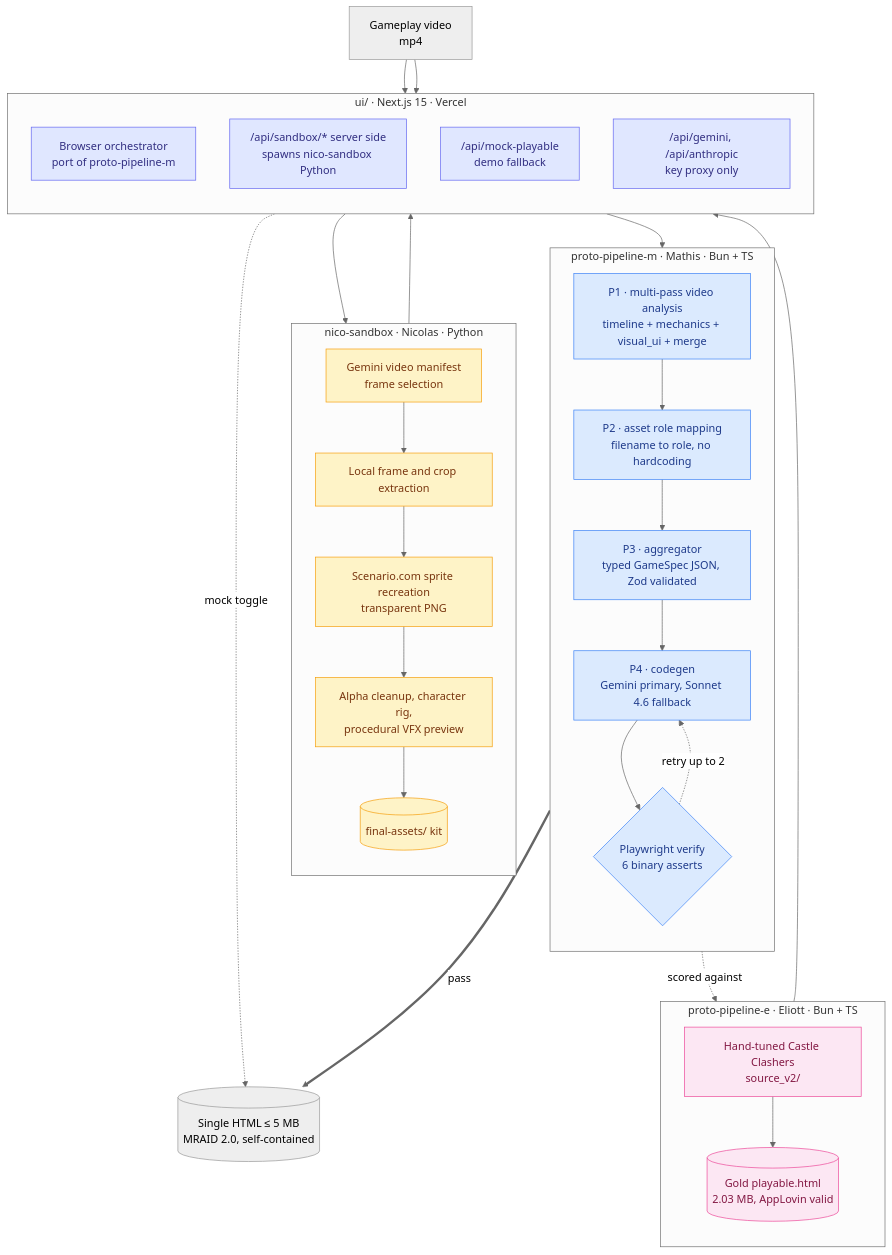
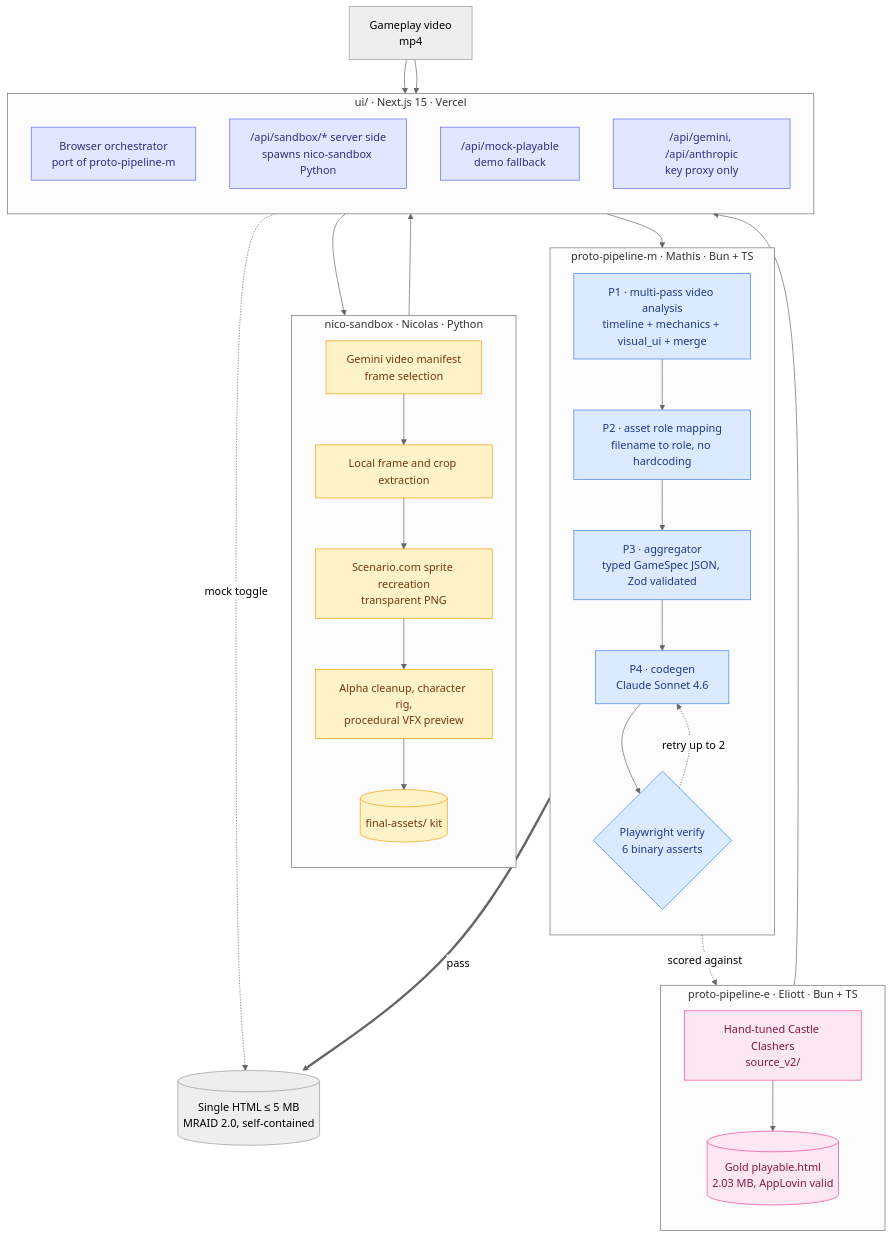
One commit to eliottvalette/Anthropic-Voodoo-Hackathon changed the diagram in README.md. Above: the diagram before and after it, drawn with Mermaid (neutral theme). The commit also changed other lines of this file, not shown here.

````diff
--- a/README.md
+++ b/README.md
@@ -19,60 +19,60 @@
 ```mermaid
 flowchart TB
     V[Gameplay video<br/>mp4]
 
     subgraph NICO["nico-sandbox · Nicolas · Python"]
         direction TB
         N1[Gemini video manifest<br/>frame selection]
         N2[Local frame and crop extraction]
         N3[Scenario.com sprite recreation<br/>transparent PNG]
         N4[Alpha cleanup, character rig,<br/>procedural VFX preview]
         N5[(final-assets/ kit)]
         N1 --> N2 --> N3 --> N4 --> N5
     end
 
     subgraph M["proto-pipeline-m · Mathis · Bun + TS"]
         direction TB
         M1[P1 · multi-pass video analysis<br/>timeline + mechanics + visual_ui + merge]
         M2[P2 · asset role mapping<br/>filename to role, no hardcoding]
         M3[P3 · aggregator<br/>typed GameSpec JSON, Zod validated]
-        M4[P4 · codegen<br/>Gemini primary, Sonnet 4.6 fallback]
+        M4[P4 · codegen<br/>Claude Sonnet 4.6]
         M5{Playwright verify<br/>6 binary asserts}
         M1 --> M2 --> M3 --> M4 --> M5
         M5 -.retry up to 2x.-> M4
     end
 
     subgraph E["proto-pipeline-e · Eliott · Bun + TS"]
         direction TB
         E1[Hand-tuned Castle Clashers<br/>source_v2/]
         E2[(Gold playable.html<br/>2.03 MB, AppLovin valid)]
         E1 --> E2
     end
 
     subgraph UI["ui/ · Next.js 15 · Vercel"]
         direction TB
         U1["Browser orchestrator<br/>port of proto-pipeline-m"]
         U2["/api/sandbox/* server side<br/>spawns nico-sandbox Python"]
         U3["/api/mock-playable<br/>demo fallback"]
         U4["/api/gemini, /api/anthropic<br/>key proxy only"]
     end
 
     V --> U2
     U2 --> N1
     N5 --> U1
     V --> U1
     U1 --> M1
     M5 ==>|pass| OUT[(Single HTML ≤ 5 MB<br/>MRAID 2.0, self-contained)]
     E2 --> U3
     U3 -.mock toggle.-> OUT
 
     M5 -. scored against .-> E2
 
     classDef nico fill:#fef3c7,stroke:#f59e0b,color:#78350f
     classDef mathis fill:#dbeafe,stroke:#3b82f6,color:#1e3a8a
     classDef eliott fill:#fce7f3,stroke:#ec4899,color:#831843
     classDef ui fill:#e0e7ff,stroke:#6366f1,color:#312e81
     class N1,N2,N3,N4,N5 nico
     class M1,M2,M3,M4,M5 mathis
     class E1,E2 eliott
     class U1,U2,U3,U4 ui
 ```
````
